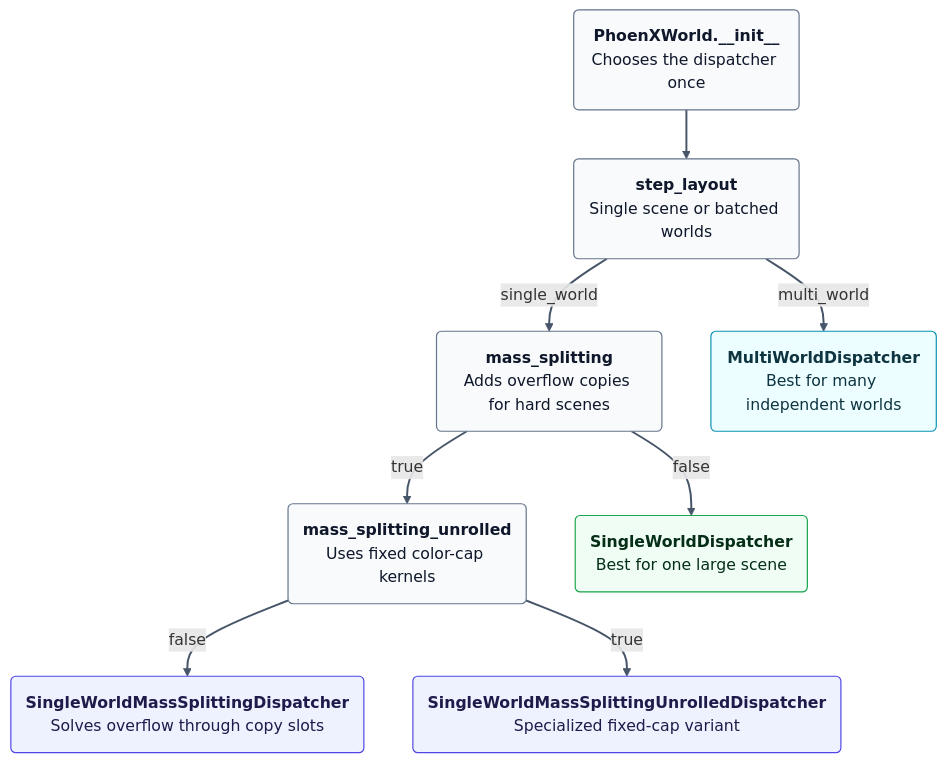
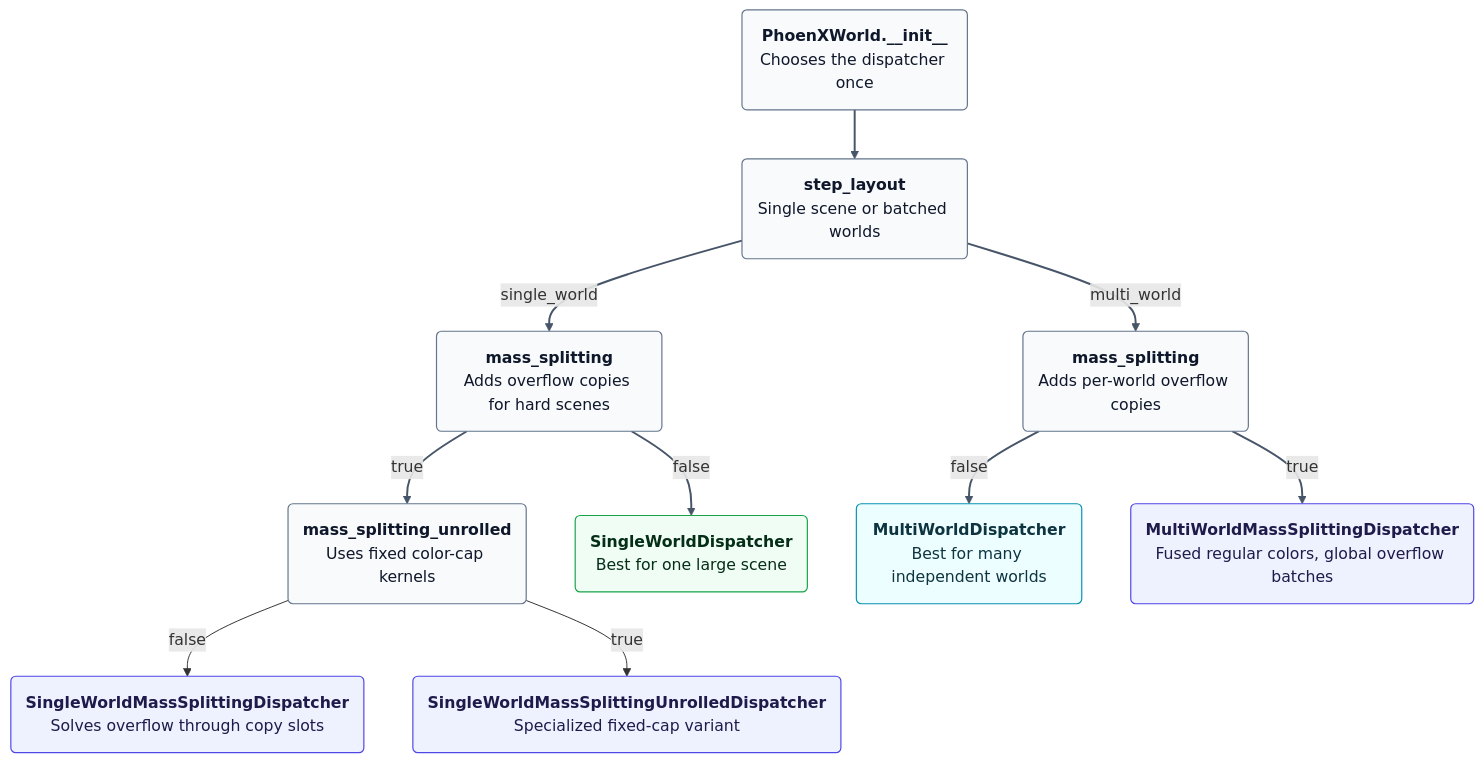
The sixth of 6 diagrams in newton/_src/solvers/phoenx/README.md (nvtw/newton), drawn with Mermaid before and after one commit. The commit also changed other lines of this file and 8 other files, not shown here.

First line of the commit message:
Add multi-world mass splitting

````diff
--- a/newton/_src/solvers/phoenx/README.md
+++ b/newton/_src/solvers/phoenx/README.md
@@ -229,29 +229,33 @@
 ```mermaid
 flowchart TD
     classDef decision fill:#f8fafc,stroke:#64748b,stroke-width:1.2px,color:#0f172a
     classDef path fill:#f0fdf4,stroke:#16a34a,stroke-width:1.2px,color:#052e16
     classDef ms fill:#eef2ff,stroke:#4f46e5,stroke-width:1.2px,color:#1e1b4b
     classDef multi fill:#ecfeff,stroke:#0891b2,stroke-width:1.2px,color:#0e3440
     ctor("<b>PhoenXWorld.__init__</b><br/>Chooses the dispatcher once"):::decision
     layout("<b>step_layout</b><br/>Single scene or batched worlds"):::decision
     msq("<b>mass_splitting</b><br/>Adds overflow copies for hard scenes"):::decision
     unroll("<b>mass_splitting_unrolled</b><br/>Uses fixed color-cap kernels"):::decision
     single("<b>SingleWorldDispatcher</b><br/>Best for one large scene"):::path
     msd("<b>SingleWorldMassSplittingDispatcher</b><br/>Solves overflow through copy slots"):::ms
     msu("<b>SingleWorldMassSplittingUnrolledDispatcher</b><br/>Specialized fixed-cap variant"):::ms
+    multiq("<b>mass_splitting</b><br/>Adds per-world overflow copies"):::decision
     multi("<b>MultiWorldDispatcher</b><br/>Best for many independent worlds"):::multi
+    multims("<b>MultiWorldMassSplittingDispatcher</b><br/>Fused regular colors, global overflow batches"):::ms
     ctor --> layout
-    layout -->|multi_world| multi
+    layout -->|multi_world| multiq
+    multiq -->|false| multi
+    multiq -->|true| multims
     layout -->|single_world| msq
     msq -->|false| single
     msq -->|true| unroll
     unroll -->|false| msd
     unroll -->|true| msu
     linkStyle 0 stroke:#475569,stroke-width:2px
     linkStyle 1 stroke:#475569,stroke-width:2px
     linkStyle 2 stroke:#475569,stroke-width:2px
     linkStyle 3 stroke:#475569,stroke-width:2px
     linkStyle 4 stroke:#475569,stroke-width:2px
     linkStyle 5 stroke:#475569,stroke-width:2px
     linkStyle 6 stroke:#475569,stroke-width:2px
 ```
````
